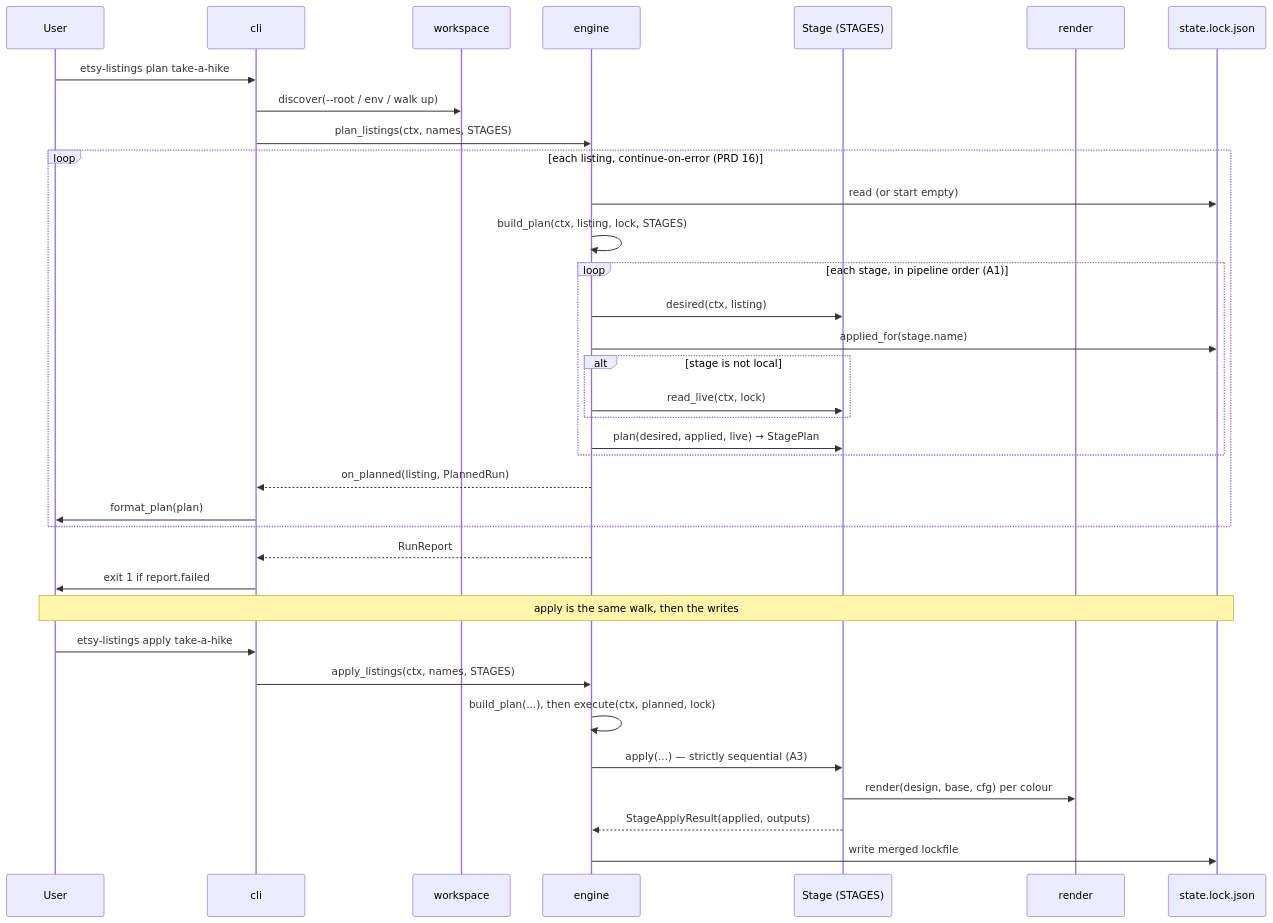
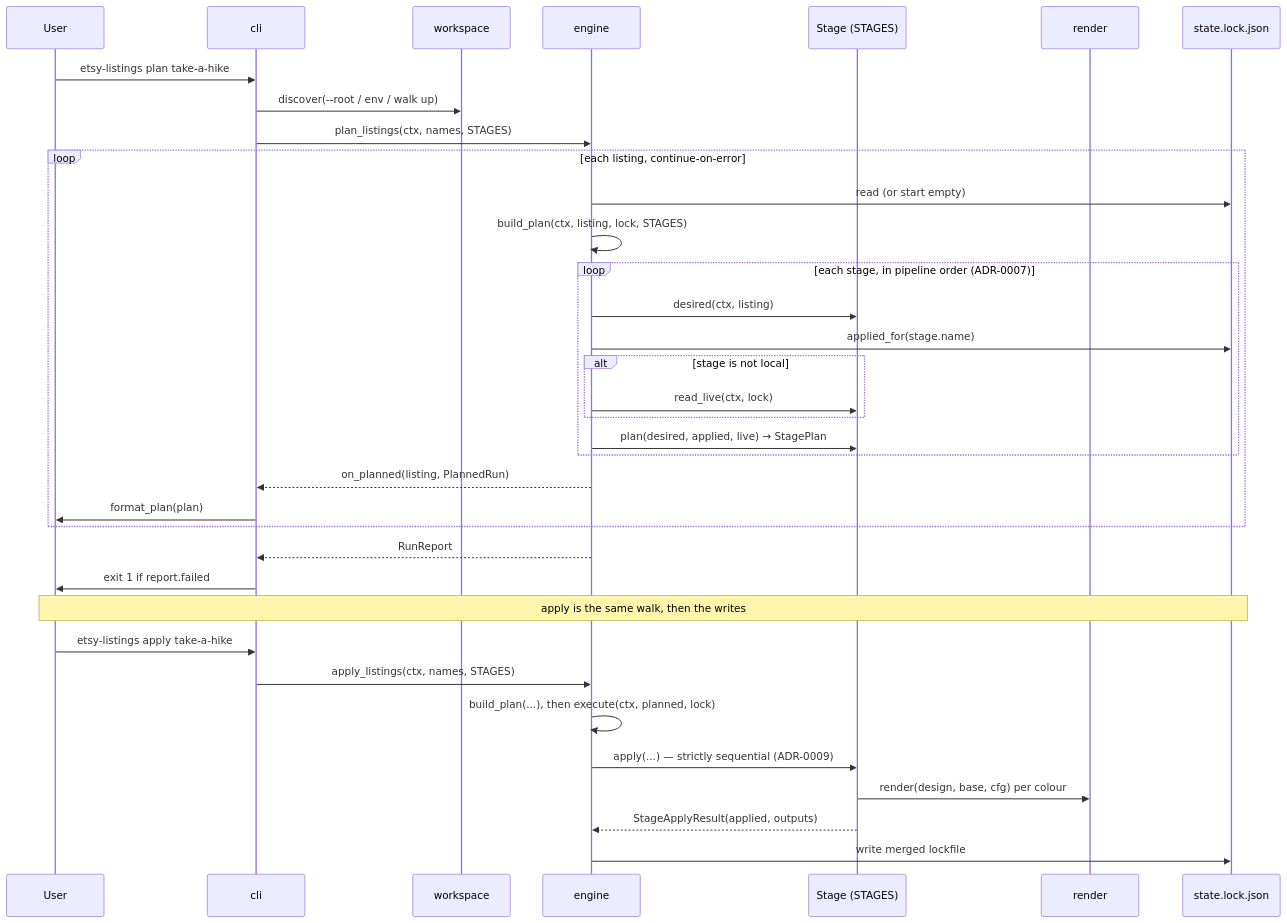
One commit to eli-jordan/etsy-listing-automation changed the second of 5 diagrams in docs/architecture.md. Above: the diagram before and after it, drawn with Mermaid. The commit also changed other lines of this file and 358 other files, not shown here.

````diff
--- a/docs/architecture.md
+++ b/docs/architecture.md
@@ -58,43 +58,43 @@
 ```mermaid
 sequenceDiagram
     participant User
     participant CLI as cli
     participant WS as workspace
     participant Engine as engine
     participant Stage as Stage (STAGES)
     participant Render as render
     participant Lock as state.lock.json
 
     User->>CLI: etsy-listings plan take-a-hike
     CLI->>WS: discover(--root / env / walk up)
     CLI->>Engine: plan_listings(ctx, names, STAGES)
 
-    loop each listing, continue-on-error (PRD 16)
+    loop each listing, continue-on-error
         Engine->>Lock: read (or start empty)
         Engine->>Engine: build_plan(ctx, listing, lock, STAGES)
 
-        loop each stage, in pipeline order (A1)
+        loop each stage, in pipeline order (ADR-0007)
             Engine->>Stage: desired(ctx, listing)
             Engine->>Lock: applied_for(stage.name)
             alt stage is not local
                 Engine->>Stage: read_live(ctx, lock)
             end
             Engine->>Stage: plan(desired, applied, live) → StagePlan
         end
 
         Engine-->>CLI: on_planned(listing, PlannedRun)
         CLI->>User: format_plan(plan)
     end
 
     Engine-->>CLI: RunReport
     CLI->>User: exit 1 if report.failed
 
     Note over User,Lock: apply is the same walk, then the writes
     User->>CLI: etsy-listings apply take-a-hike
     CLI->>Engine: apply_listings(ctx, names, STAGES)
     Engine->>Engine: build_plan(...), then execute(ctx, planned, lock)
-    Engine->>Stage: apply(...) — strictly sequential (A3)
+    Engine->>Stage: apply(...) — strictly sequential (ADR-0009)
     Stage->>Render: render(design, base, cfg) per colour
     Stage-->>Engine: StageApplyResult(applied, outputs)
     Engine->>Lock: write merged lockfile
 ```
````
